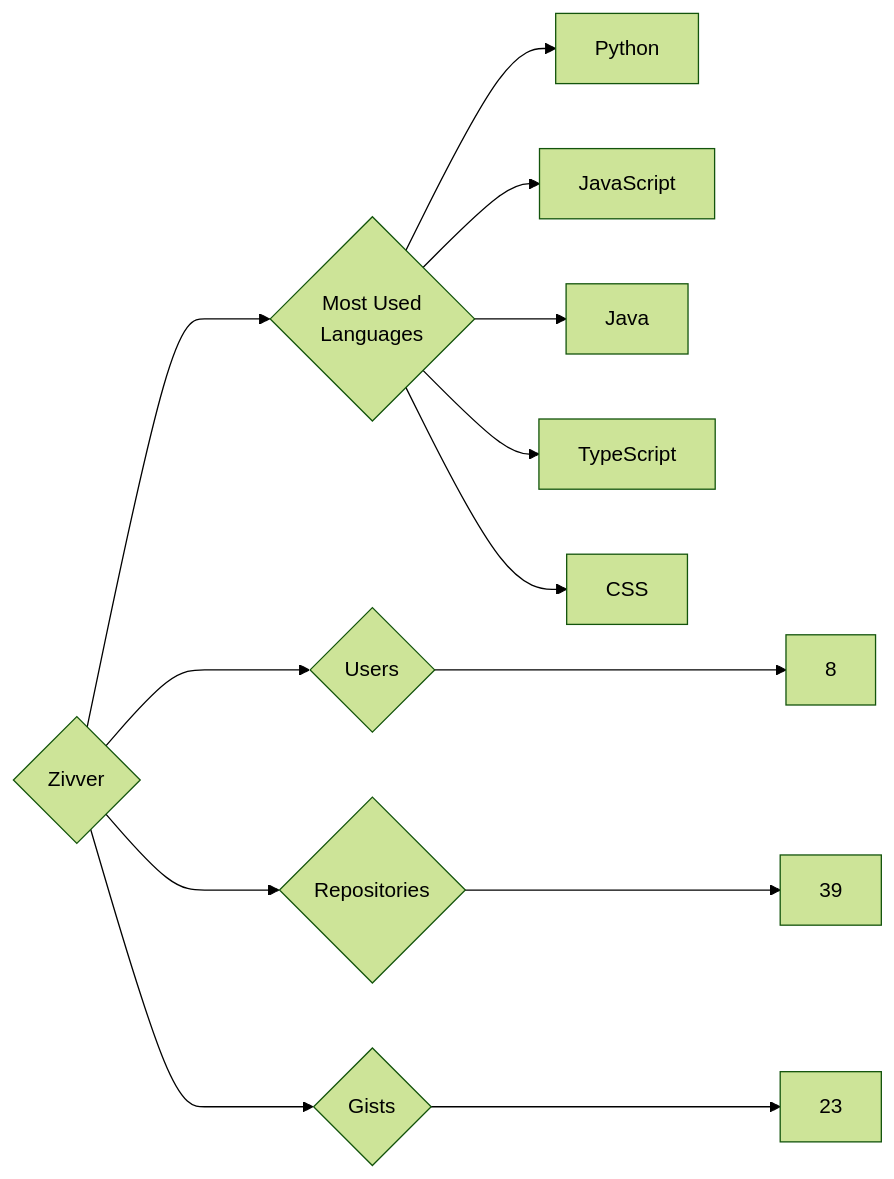
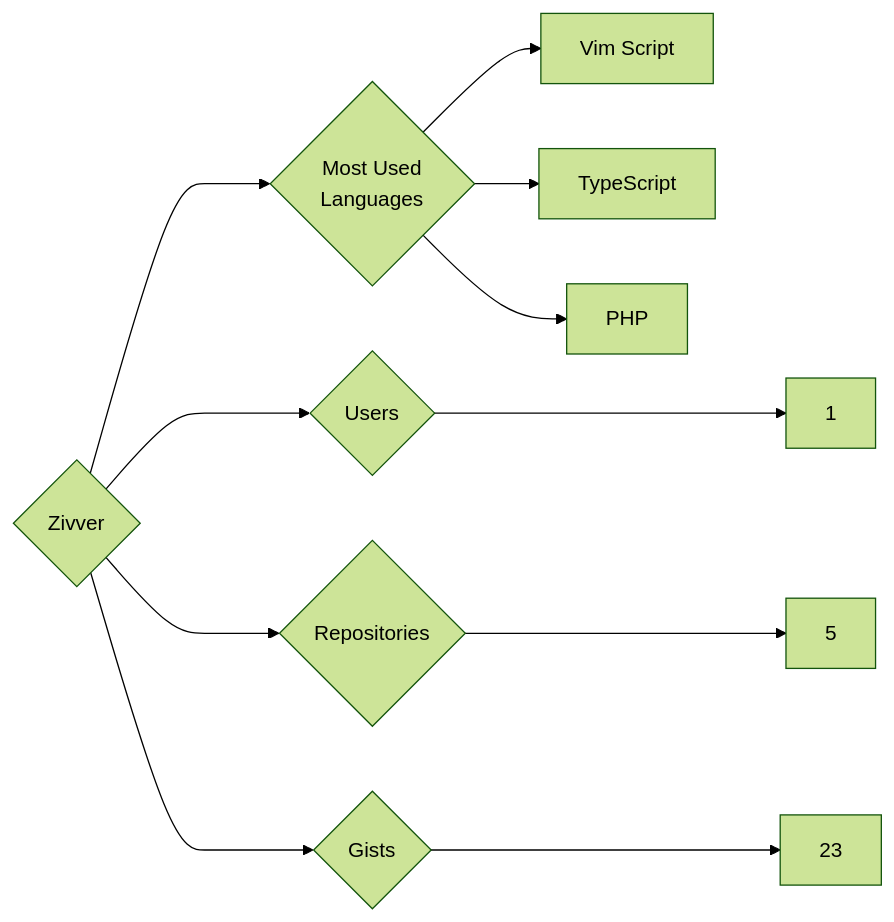
Before and after one commit to trickest/insiders: the diagram in targets/Zivver/README.md, drawn with Mermaid (forest theme). The commit also changed 796 other files, not shown here.

````diff
--- a/targets/Zivver/README.md
+++ b/targets/Zivver/README.md
@@ -3,13 +3,11 @@
 ```mermaid
 graph LR
 COMPANY_NAME{Zivver}
-COMPANY_NAME ---> U{Users} ---> UN[8]
-COMPANY_NAME ---> R{Repositories} ---> RN[39]
+COMPANY_NAME ---> U{Users} ---> UN[1]
+COMPANY_NAME ---> R{Repositories} ---> RN[5]
 COMPANY_NAME ---> G{Gists} ---> GN[23]
 COMPANY_NAME ---> ML{Most Used<br>Languages}
-ML --> Python[Python]
-ML --> JavaScript[JavaScript]
-ML --> Java[Java]
+ML --> Vim_Script[Vim Script]
 ML --> TypeScript[TypeScript]
-ML --> CSS[CSS]
+ML --> PHP[PHP]
 ```
````
